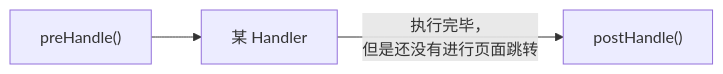
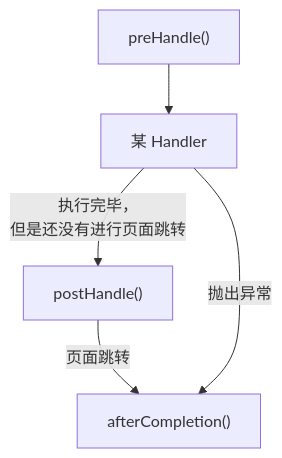
The sixth of 7 diagrams in _posts/java/framework/spring-mvc/2021-08-22-03-usage.md (kekaiyuan/resource), drawn with Mermaid before and after one commit.

Commit message:
修改文件: _posts/java/framework/spring-mvc/2021-08-22-03-usage.md

```diff
--- a/_posts/java/framework/spring-mvc/2021-08-22-03-usage.md
+++ b/_posts/java/framework/spring-mvc/2021-08-22-03-usage.md
@@ -685,5 +685,7 @@
 <div class="mermaid">
-graph LR;
+graph TB;
 A["preHandle()"] --> B["某 Handler"];
 B["某 Handler"] -->|"执行完毕，<br>但是还没有进行页面跳转"| C["postHandle()"];
+C -->|页面跳转| D["afterCompletion()"];
+B -->|抛出异常| D;
 </div>
```
